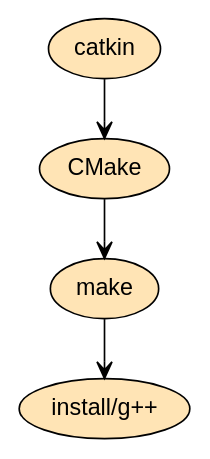
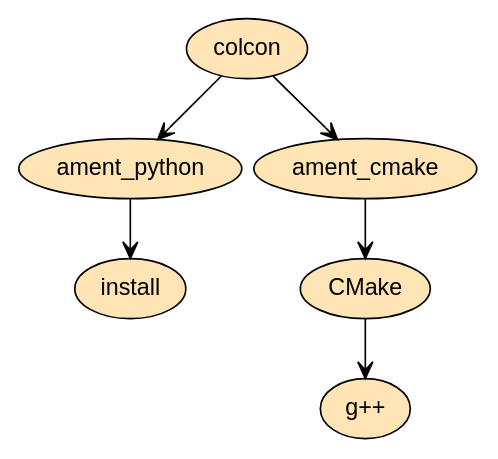
The third of 3 diagrams in docs/02_linux_ros_principles.md (ABC-iRobotics/ros_course_materials_en), drawn with Graphviz before and after one commit. The commit also changed other lines of this file and 12 other files, not shown here.

````diff
--- a/docs/02_linux_ros_principles.md
+++ b/docs/02_linux_ros_principles.md
@@ -166,12 +265,16 @@
-```graphviz dot catkin.png
-digraph catkin {
+```graphviz dot colcon.png
+digraph colcon {
 
 nodesep=0.1 // increases the separation between nodes
 node [color=Black,fontname=Arial,shape=ellipse,style=filled,fillcolor=moccasin] //All nodes will this shape and colour
 edge [color=Black, style=solid, arrowhead=open] //All the lines look like this
+  
+   amentpython [label="ament_python"]
+   amentcmake [label="ament_cmake"]
+   g [label="g++"]
    
-   install [label="install/g++"]
-   
-   catkin->CMake->make->install
+   colcon->{amentpython,amentcmake}
+   amentpython->install
+   amentcmake->CMake->g
 }
 ```
````
